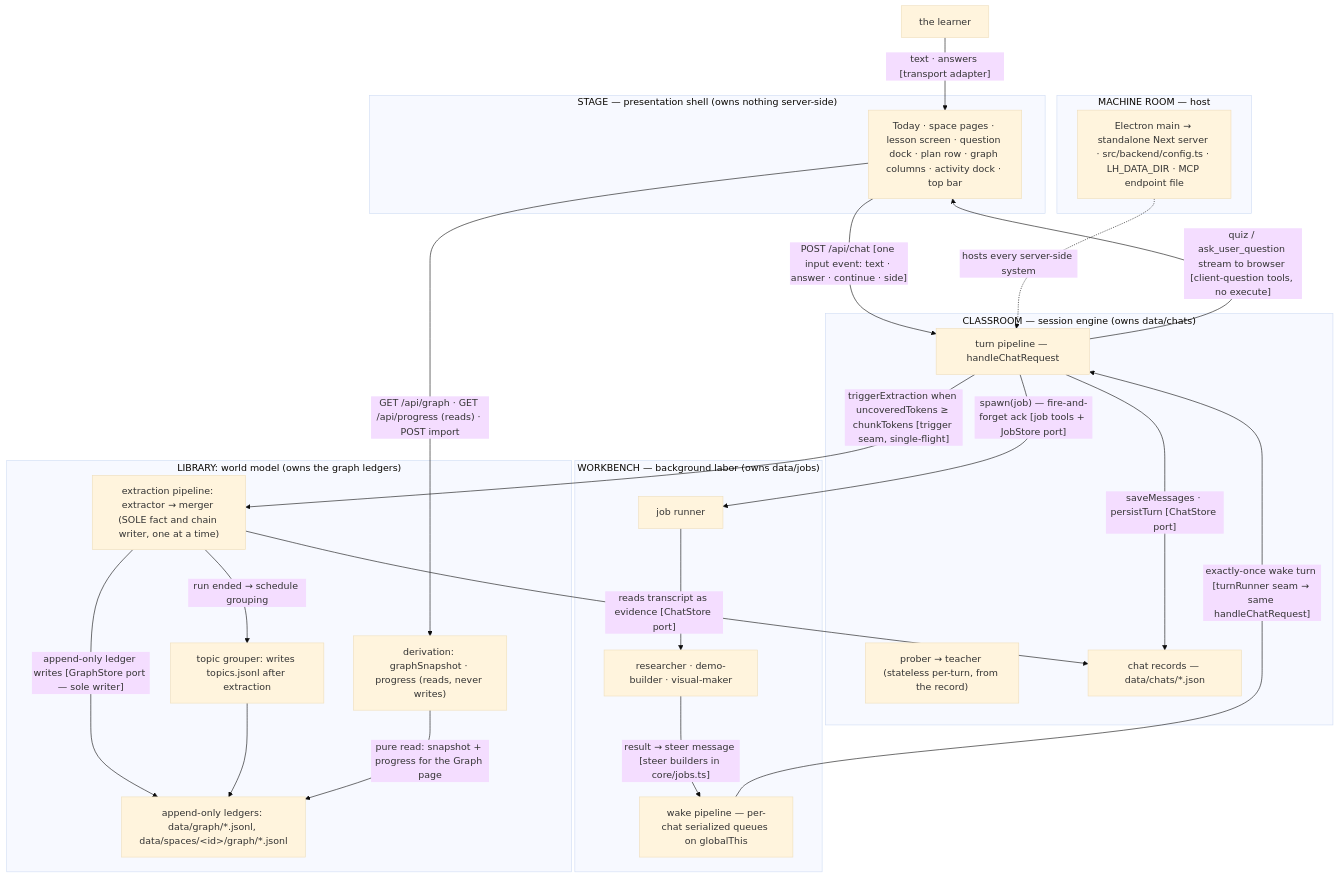
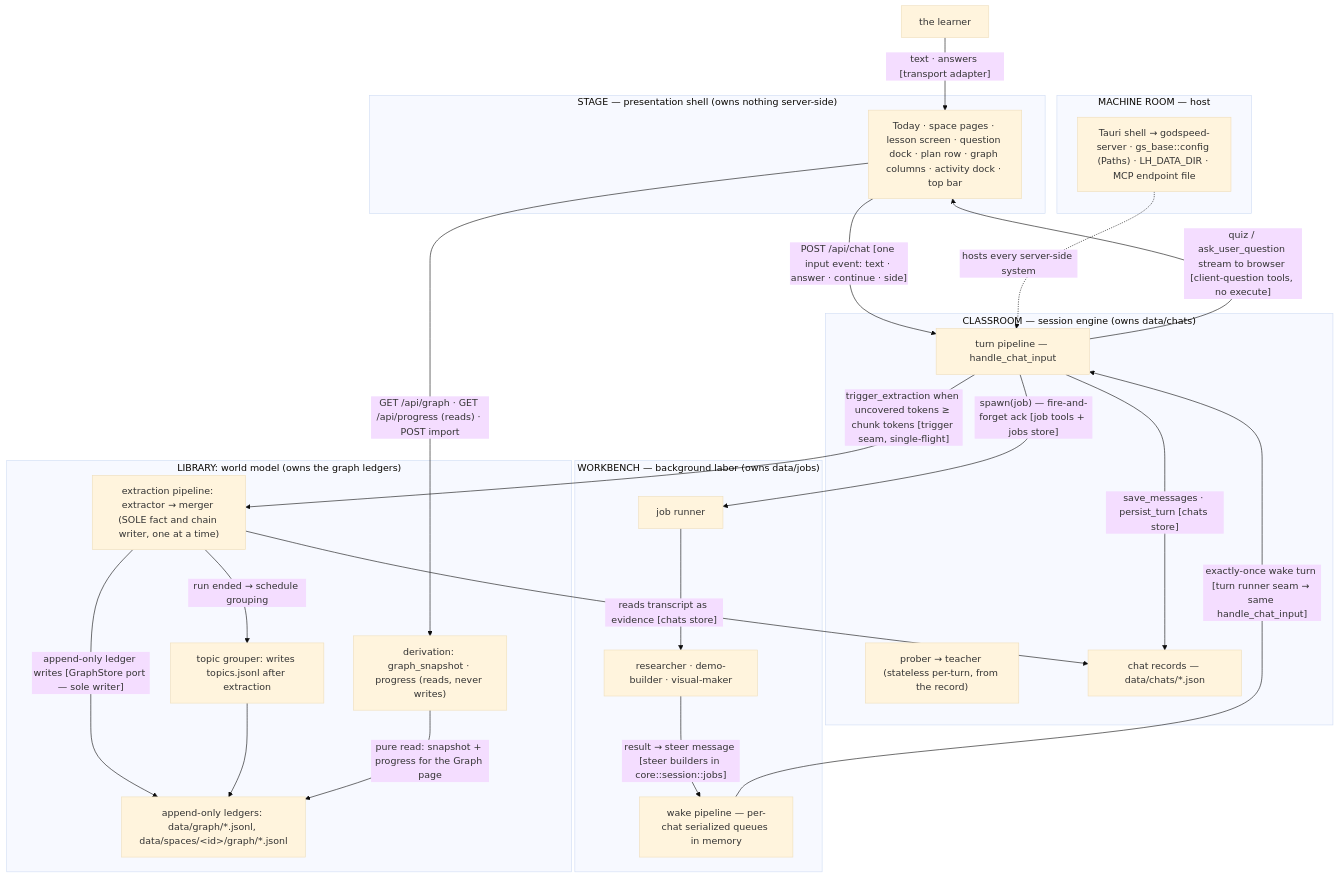
One commit to bayshores/godspeed changed the third of 7 diagrams in docs/architecture.md. Above: the diagram before and after it, drawn with Mermaid (base theme). The commit also changed other lines of this file and 5 other files, not shown here.

Commit message:
Rewrite the README, development guide, architecture and Rust server docs for the Rust server and the Tauri shell

````diff
--- a/docs/architecture.md
+++ b/docs/architecture.md
@@ -217,48 +223,48 @@
 ```mermaid
 flowchart TB
     LEARNER["the learner"]
 
     subgraph STAGE["STAGE — presentation shell (owns nothing server-side)"]
         UI["Today · space pages · lesson screen · question dock · plan row · graph columns · activity dock · top bar"]
     end
 
     subgraph CLASSROOM["CLASSROOM — session engine (owns data/chats)"]
-        TURN["turn pipeline — handleChatRequest"]
+        TURN["turn pipeline — handle_chat_input"]
         AGENTS["prober → teacher (stateless per-turn, from the record)"]
         CHATDATA["chat records — data/chats/*.json"]
     end
 
     subgraph WORKBENCH["WORKBENCH — background labor (owns data/jobs)"]
         JOBRUN["job runner"]
         SUBAGENTS["researcher · demo-builder · visual-maker"]
-        WAKE["wake pipeline — per-chat serialized queues on globalThis"]
+        WAKE["wake pipeline — per-chat serialized queues in memory"]
     end
 
     subgraph LIBRARY["LIBRARY: world model (owns the graph ledgers)"]
         EXTRACT["extraction pipeline: extractor → merger (SOLE fact and chain writer, one at a time)"]
         TOPICS["topic grouper: writes topics.jsonl after extraction"]
-        DERIVE["derivation: graphSnapshot · progress (reads, never writes)"]
+        DERIVE["derivation: graph_snapshot · progress (reads, never writes)"]
         GRAPHDATA["append-only ledgers: data/graph/*.jsonl, data/spaces/&lt;id&gt;/graph/*.jsonl"]
     end
 
     subgraph ROOM["MACHINE ROOM — host"]
-        HOST["Electron main → standalone Next server · src/backend/config.ts · LH_DATA_DIR · MCP endpoint file"]
+        HOST["Tauri shell → godspeed-server · gs_base::config (Paths) · LH_DATA_DIR · MCP endpoint file"]
     end
 
     LEARNER -->|"text · answers [transport adapter]"| UI
     UI -->|"POST /api/chat [one input event: text · answer · continue · side]"| TURN
     TURN -->|"quiz / ask_user_question stream to browser [client-question tools, no execute]"| UI
-    TURN -->|"saveMessages · persistTurn [ChatStore port]"| CHATDATA
-    TURN -->|"spawn(job) — fire-and-forget ack [job tools + JobStore port]"| JOBRUN
+    TURN -->|"save_messages · persist_turn [chats store]"| CHATDATA
+    TURN -->|"spawn(job) — fire-and-forget ack [job tools + jobs store]"| JOBRUN
     JOBRUN --> SUBAGENTS
-    SUBAGENTS -->|"result → steer message [steer builders in core/jobs.ts]"| WAKE
-    WAKE -->|"exactly-once wake turn [turnRunner seam → same handleChatRequest]"| TURN
-    TURN -->|"triggerExtraction when uncoveredTokens ≥ chunkTokens [trigger seam, single-flight]"| EXTRACT
-    EXTRACT -->|"reads transcript as evidence [ChatStore port]"| CHATDATA
+    SUBAGENTS -->|"result → steer message [steer builders in core::session::jobs]"| WAKE
+    WAKE -->|"exactly-once wake turn [turn runner seam → same handle_chat_input]"| TURN
+    TURN -->|"trigger_extraction when uncovered tokens ≥ chunk tokens [trigger seam, single-flight]"| EXTRACT
+    EXTRACT -->|"reads transcript as evidence [chats store]"| CHATDATA
     EXTRACT -->|"append-only ledger writes [GraphStore port — sole writer]"| GRAPHDATA
     EXTRACT -->|"run ended → schedule grouping"| TOPICS
     TOPICS --> GRAPHDATA
     DERIVE -->|"pure read: snapshot + progress for the Graph page"| GRAPHDATA
     UI -->|"GET /api/graph · GET /api/progress (reads) · POST import"| DERIVE
     HOST -.->|"hosts every server-side system"| TURN
 ```
````
